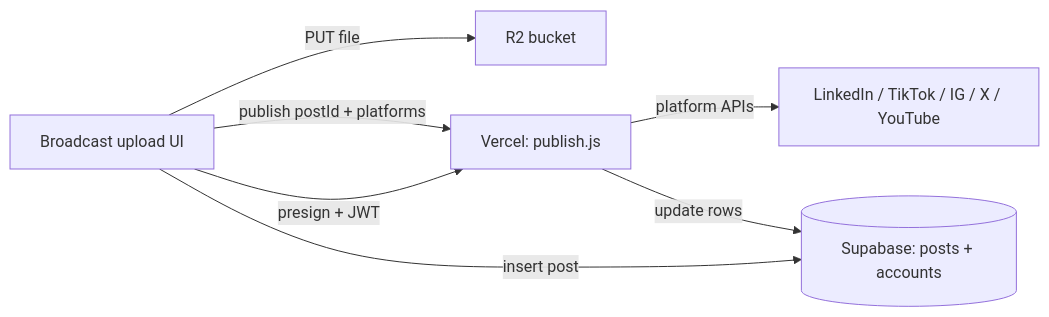
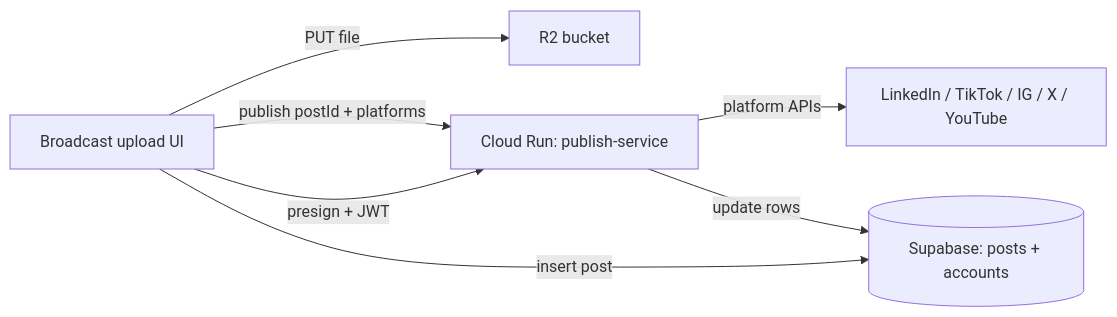
One commit to SanskritiL/lexayaui changed the diagram in broadcast/POSTING-ARCHITECTURE.md. Above: the diagram before and after it, drawn with Mermaid. The commit also changed other lines of this file and 18 other files, not shown here.

Commit message:
Improve broadcast posting flow

````diff
--- a/broadcast/POSTING-ARCHITECTURE.md
+++ b/broadcast/POSTING-ARCHITECTURE.md
@@ -14,14 +14,14 @@
 ```mermaid
 flowchart LR
   Browser[Broadcast upload UI]
   R2[R2 bucket]
   SB[(Supabase: posts + accounts)]
-  API[Vercel: publish.js]
+  API[Cloud Run: publish-service]
 
   Browser -->|"presign + JWT"| API
   Browser -->|"PUT file"| R2
   Browser -->|"insert post"| SB
   Browser -->|"publish postId + platforms"| API
   API -->|"platform APIs"| Networks[LinkedIn / TikTok / IG / X / YouTube]
   API -->|"update rows"| SB
 ```
````
